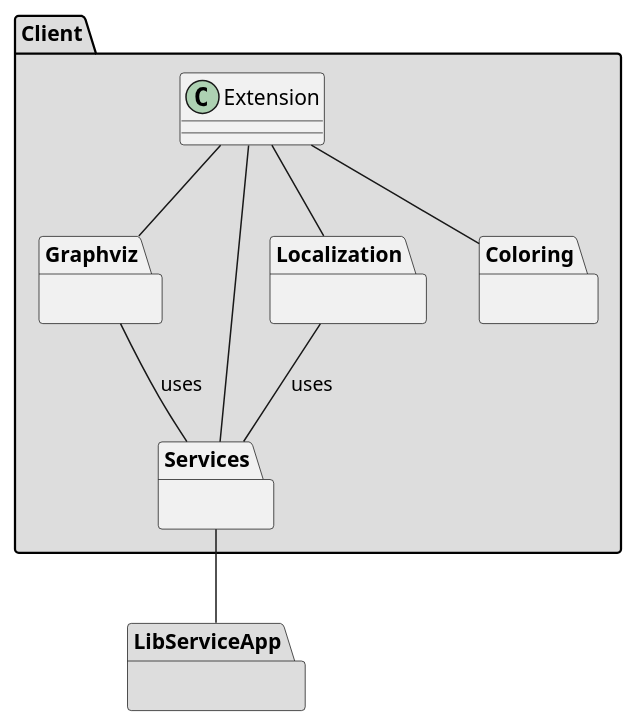
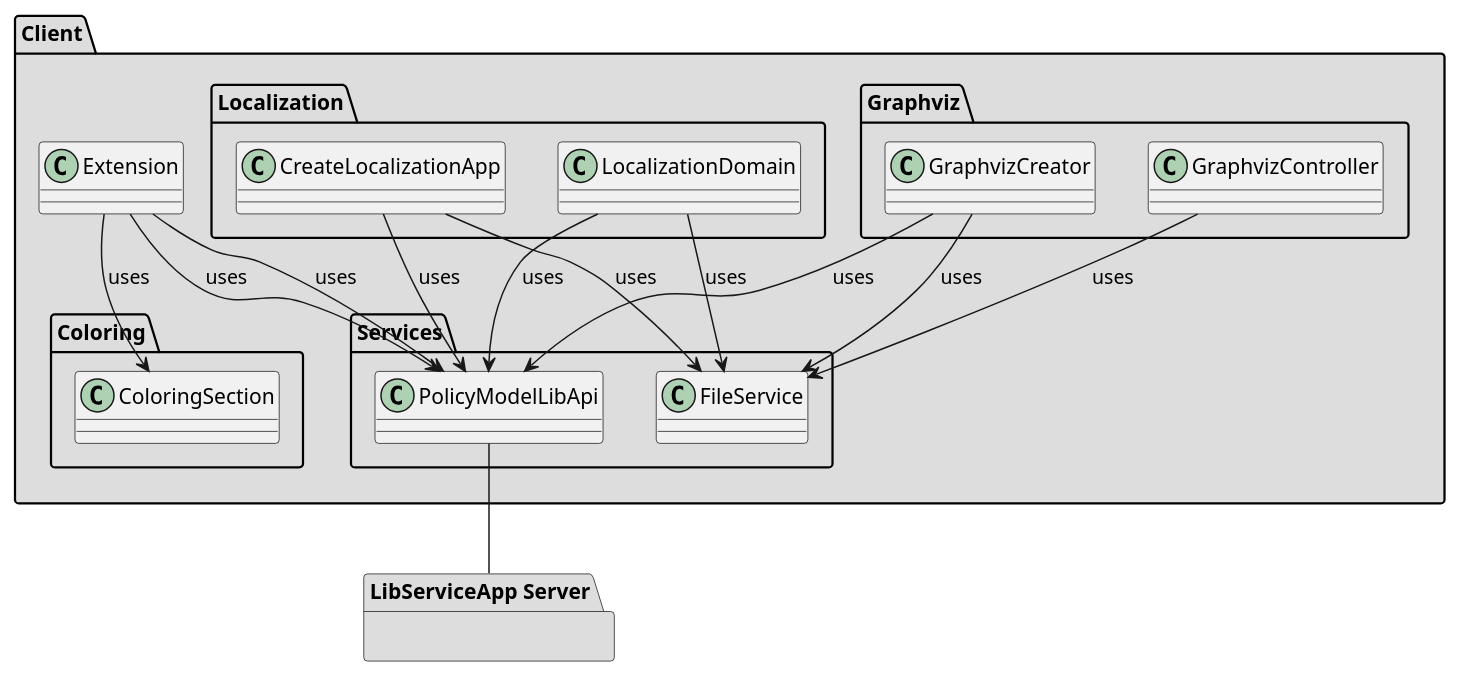
The diagram in diagrams/client/ClientMetaDiagram.puml (wolfj123/PolicyModelsPlugin), drawn with PlantUML before and after one commit. The commit also changed 3 other files, not shown here.

Commit message:
update diagrams

```diff
--- a/diagrams/client/ClientMetaDiagram.puml
+++ b/diagrams/client/ClientMetaDiagram.puml
@@ -1,31 +1,46 @@
 @startuml
 
 package Client #DDDDDD {
 
     class Extension
 
-    package Graphviz{}
+    package Graphviz{
+        class GraphvizController{}
+        class GraphvizCreator{}
+    }
 
-    package Services{}
+    package Services{
+        class PolicyModelLibApi{}
+        class FileService {}
+    }
 
     package Localization {
+        class LocalizationDomain{}
+        class CreateLocalizationApp {}
     }
     package Coloring {
+        class ColoringSection{}
     }
-   
-    Extension -- Graphviz 
-    Extension -- Services 
-    Extension -- Localization 
-    Extension -- Coloring
-    Localization -- Services: uses
-    Graphviz -- Services :uses
+
  
 }
 
-package LibServiceApp #DDDDDD{
+package  "LibServiceApp Server" as LibServiceApp #DDDDDD{
+
 }
 
-Services -- LibServiceApp 
+GraphvizController --> FileService: uses
+CreateLocalizationApp --> FileService: uses
+GraphvizCreator --> FileService : uses
+LocalizationDomain --> FileService : uses
+LocalizationDomain --> PolicyModelLibApi: uses
+Extension --> PolicyModelLibApi: uses
+CreateLocalizationApp --> PolicyModelLibApi: uses
+GraphvizCreator --> PolicyModelLibApi: uses
+Extension --> PolicyModelLibApi: uses
+Extension --> ColoringSection: uses
+
+PolicyModelLibApi -- LibServiceApp
 
 
 @enduml
```
